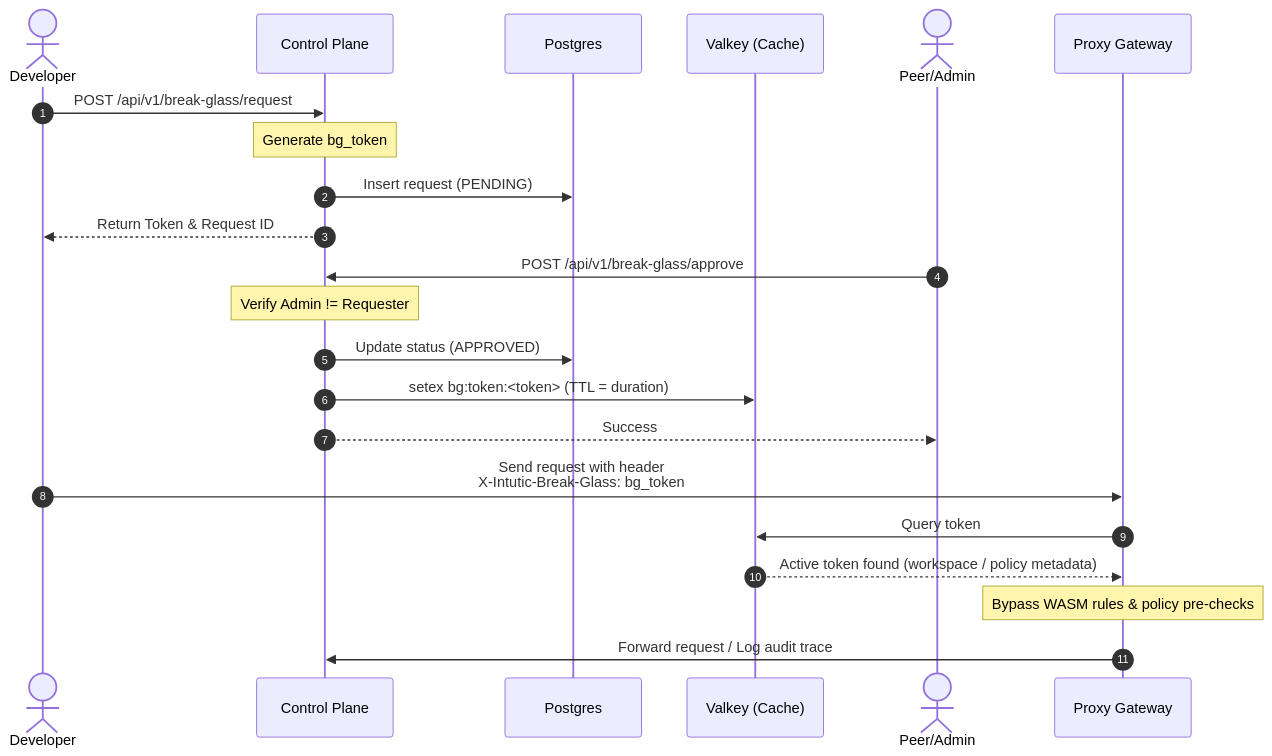
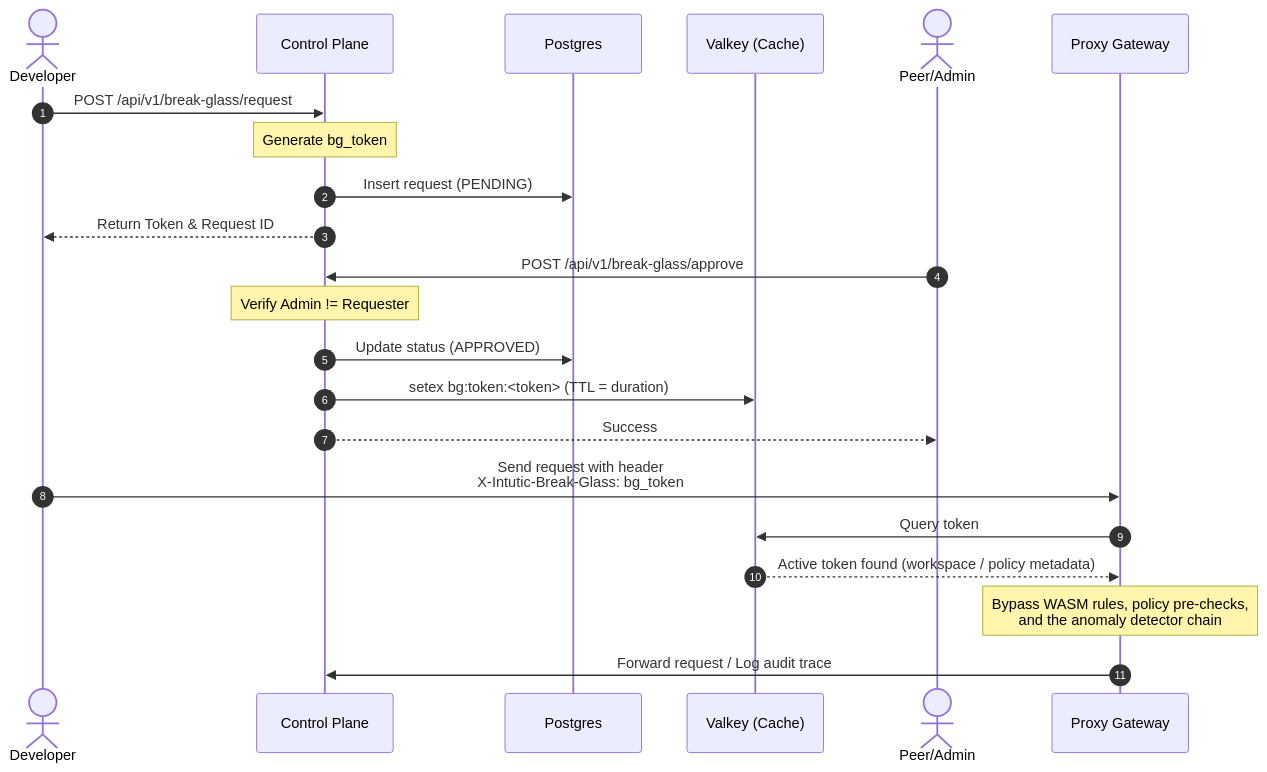
One commit to intutic/intutic changed the diagram in apps/docs/guide/break-glass.md. Above: the diagram before and after it, drawn with Mermaid. The commit also changed other lines of this file and 22 other files, not shown here.

First line of the commit message:
Wave 8 of the architecture-audit remediation (docs and narrative)

````diff
--- a/apps/docs/guide/break-glass.md
+++ b/apps/docs/guide/break-glass.md
@@ -17,27 +17,27 @@
 ```mermaid
 sequenceDiagram
     autonumber
     actor Dev as Developer
     participant CP as Control Plane
     participant DB as Postgres
     participant VK as Valkey (Cache)
     actor Admin as Peer/Admin
     participant PR as Proxy Gateway
 
     Dev->>CP: POST /api/v1/break-glass/request
     Note over CP: Generate bg_token
     CP->>DB: Insert request (PENDING)
     CP-->>Dev: Return Token & Request ID
     
     Admin->>CP: POST /api/v1/break-glass/approve
     Note over CP: Verify Admin != Requester
     CP->>DB: Update status (APPROVED)
     CP->>VK: setex bg:token:<token> (TTL = duration)
     CP-->>Admin: Success
 
     Dev->>PR: Send request with header<br/>X-Intutic-Break-Glass: bg_token
     PR->>VK: Query token
     VK-->>PR: Active token found (workspace / policy metadata)
-    Note over PR: Bypass WASM rules & policy pre-checks
+    Note over PR: Bypass WASM rules, policy pre-checks,<br/>and the anomaly detector chain
     PR->>CP: Forward request / Log audit trace
 ```
````
